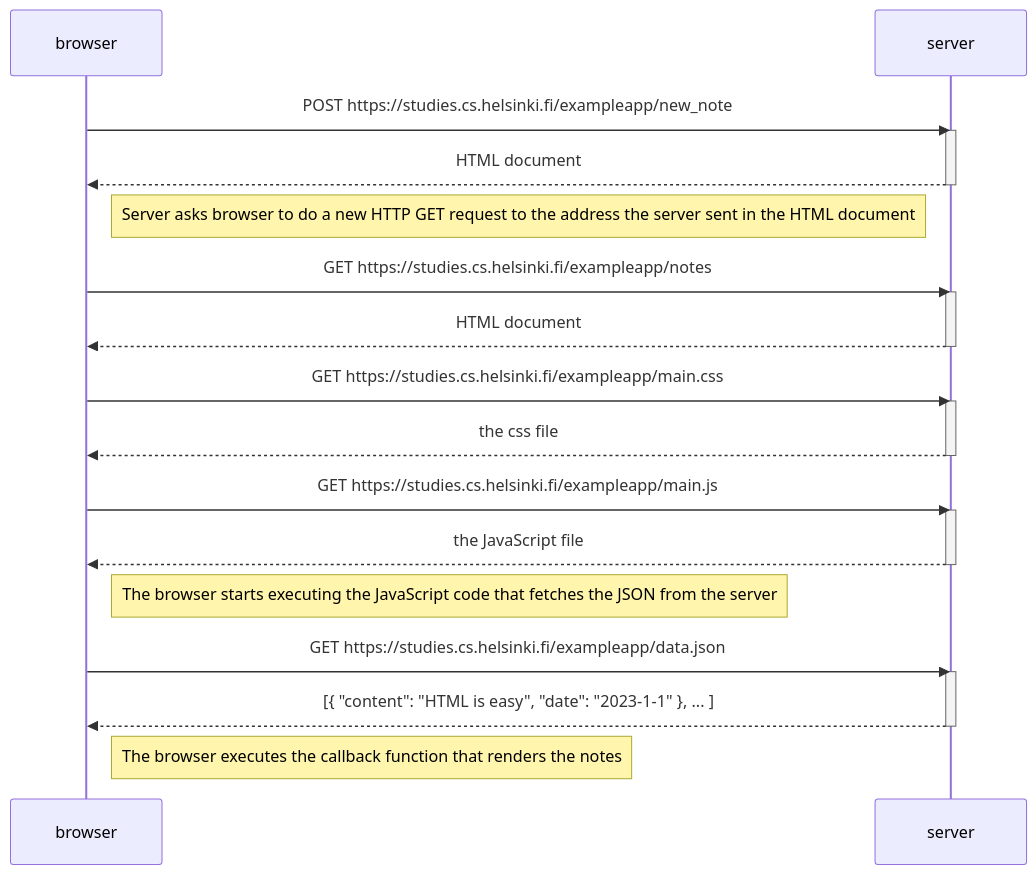
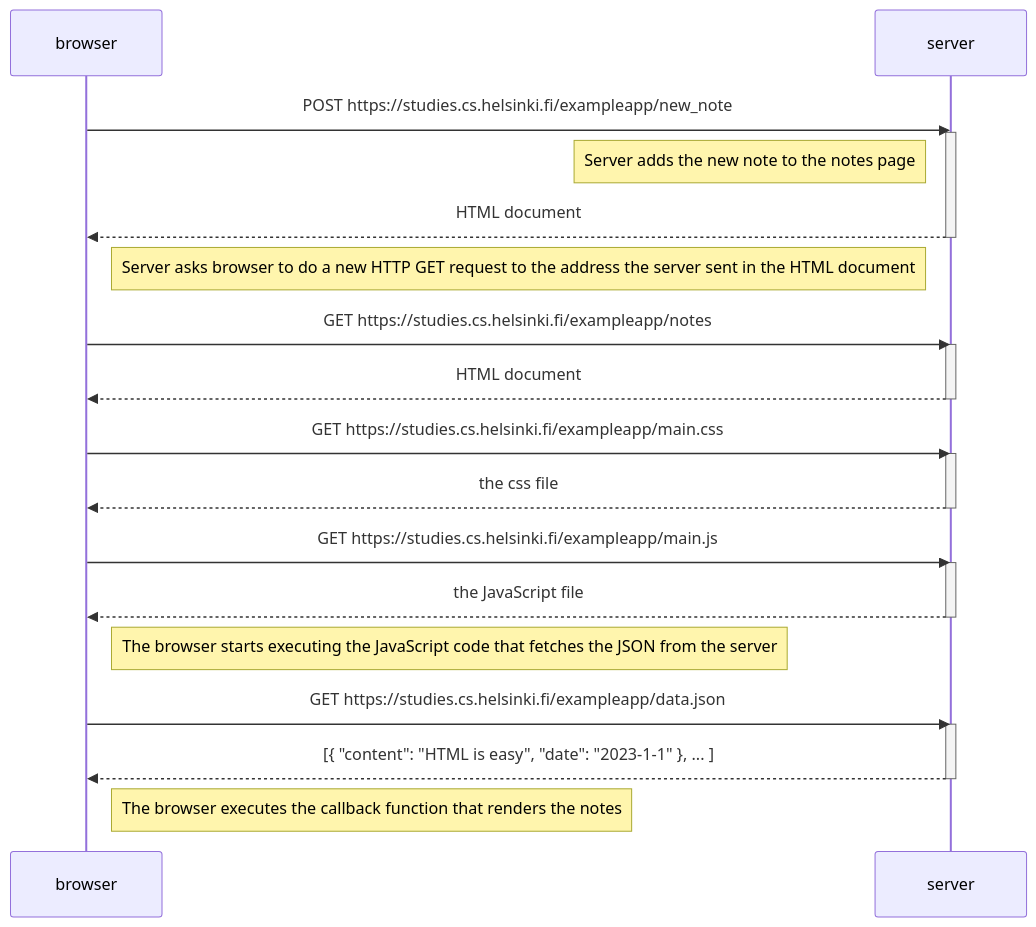
The diagram in part0/0.4: New note diagram.md (Jason8924/fullstackopen), drawn with Mermaid before and after one commit.

Commit message:
Update 0.4: New note diagram.md

````diff
--- a/part0/0.4: New note diagram.md
+++ b/part0/0.4: New note diagram.md
@@ -1,36 +1,37 @@
 ```mermaid
 sequenceDiagram
     participant browser
     participant server
 
     browser->>server: POST https://studies.cs.helsinki.fi/exampleapp/new_note
     activate server
+    Note left of server: Server adds the new note to the notes page
     server-->>browser: HTML document 
     deactivate server
     
     Note right of browser: Server asks browser to do a new HTTP GET request to the address the server sent in the HTML document
     
     browser->>server: GET https://studies.cs.helsinki.fi/exampleapp/notes
     activate server
     server-->>browser: HTML document
     deactivate server
 
     browser->>server: GET https://studies.cs.helsinki.fi/exampleapp/main.css
     activate server
     server-->>browser: the css file
     deactivate server
 
     browser->>server: GET https://studies.cs.helsinki.fi/exampleapp/main.js
     activate server
     server-->>browser: the JavaScript file
     deactivate server
     
     Note right of browser: The browser starts executing the JavaScript code that fetches the JSON from the server
 
     browser->>server: GET https://studies.cs.helsinki.fi/exampleapp/data.json
     activate server
     server-->>browser: [{ "content": "HTML is easy", "date": "2023-1-1" }, ... ]
     deactivate server
     
     Note right of browser: The browser executes the callback function that renders the notes
 ```
````
